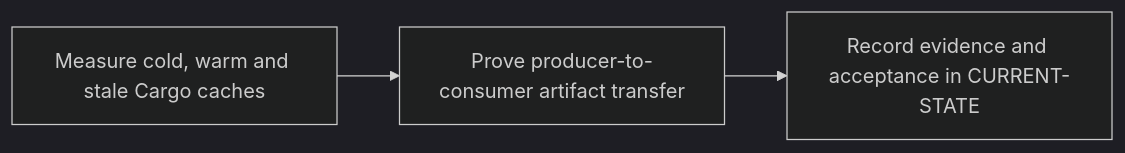
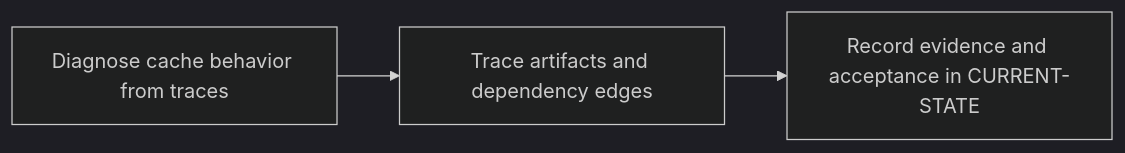
The diagram in docs/roadmap/P5.md (cdcdd15/git-runners-rust), drawn with Mermaid (dark theme) before and after one commit. The commit also changed other lines of this file and 22 other files, not shown here.

Commit message:
docs: complete P0 and adopt a knowledge-first roadmap

````diff
--- a/docs/roadmap/P5.md
+++ b/docs/roadmap/P5.md
@@ -9,5 +9,5 @@
 ```mermaid
 flowchart LR
-    Input["Measure cold, warm and stale Cargo caches"] --> Validation["Prove producer-to-consumer artifact transfer"]
+    Input["Diagnose cache behavior from traces"] --> Validation["Trace artifacts and dependency edges"]
     Validation --> Evidence["Record evidence and acceptance in CURRENT-STATE"]
 ```
````
